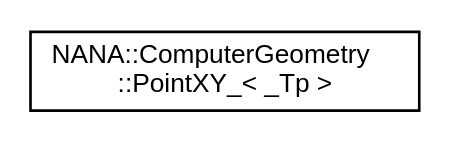
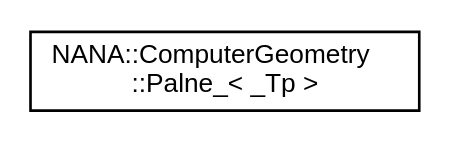
The diagram in docs/inherit_graph_8.dot (YuruTu/NANA), drawn with Graphviz before and after one commit. The commit also changed 123 other files, not shown here.

```diff
--- a/docs/inherit_graph_8.dot
+++ b/docs/inherit_graph_8.dot
@@ -1,8 +1,8 @@
 digraph "类继承关系图"
 {
  // LATEX_PDF_SIZE
   edge [fontname="Helvetica",fontsize="10",labelfontname="Helvetica",labelfontsize="10"];
   node [fontname="Helvetica",fontsize="10",shape=record];
   rankdir="LR";
-  Node0 [label="NANA::ComputerGeometry\l::PointXY_\< _Tp \>",height=0.2,width=0.4,color="black", fillcolor="white", style="filled",URL="$struct_n_a_n_a_1_1_computer_geometry_1_1_point_x_y__.html",tooltip="2D点集"];
+  Node0 [label="NANA::ComputerGeometry\l::Palne_\< _Tp \>",height=0.2,width=0.4,color="black", fillcolor="white", style="filled",URL="$struct_n_a_n_a_1_1_computer_geometry_1_1_palne__.html",tooltip="自定义平面类"];
 }
```
